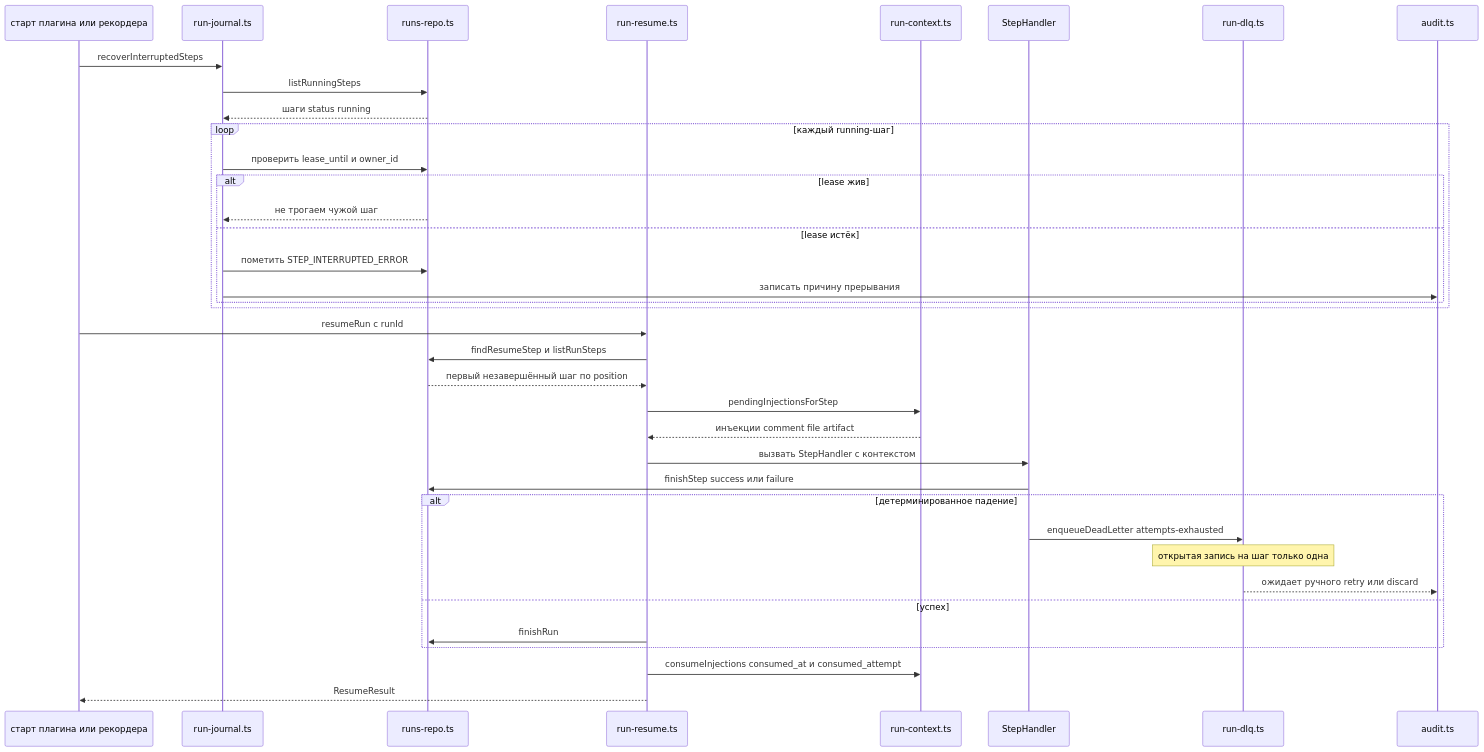
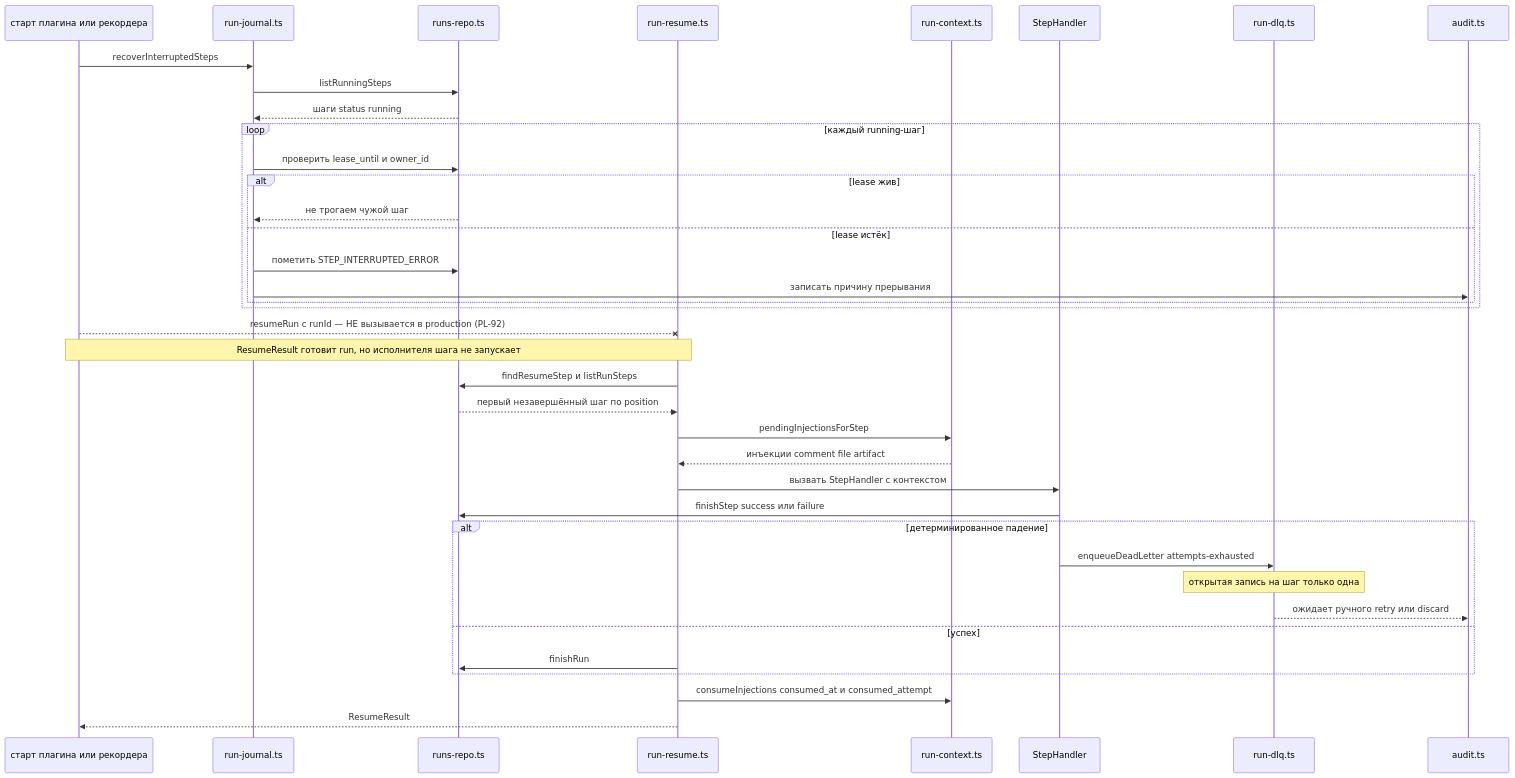
The third of 3 diagrams in docs/ARCHITECTURE-DIAGRAMS-SEQUENCES.md (DeadSno/agent-steward), drawn with Mermaid before and after one commit. The commit also changed other lines of this file and 3 other files, not shown here.

Commit message:
docs(architecture): ground diagrams in real call graph, log PL-92..PL-96 [DOC-2.1]

````diff
--- a/docs/ARCHITECTURE-DIAGRAMS-SEQUENCES.md
+++ b/docs/ARCHITECTURE-DIAGRAMS-SEQUENCES.md
@@ -134,40 +135,41 @@
 ```mermaid
 sequenceDiagram
     participant BOOT as старт плагина или рекордера
     participant RJ as run-journal.ts
     participant DB as runs-repo.ts
     participant RS as run-resume.ts
     participant CTX as run-context.ts
     participant H as StepHandler
     participant DLQ as run-dlq.ts
     participant AUD as audit.ts
 
     BOOT->>RJ: recoverInterruptedSteps
     RJ->>DB: listRunningSteps
     DB-->>RJ: шаги status running
     loop каждый running-шаг
         RJ->>DB: проверить lease_until и owner_id
         alt lease жив
             DB-->>RJ: не трогаем чужой шаг
         else lease истёк
             RJ->>DB: пометить STEP_INTERRUPTED_ERROR
             RJ->>AUD: записать причину прерывания
         end
     end
-    BOOT->>RS: resumeRun с runId
+    BOOT--xRS: resumeRun с runId — НЕ вызывается в production (PL-92)
+    Note over BOOT,RS: ResumeResult готовит run, но исполнителя шага не запускает
     RS->>DB: findResumeStep и listRunSteps
     DB-->>RS: первый незавершённый шаг по position
     RS->>CTX: pendingInjectionsForStep
     CTX-->>RS: инъекции comment file artifact
     RS->>H: вызвать StepHandler с контекстом
     H->>DB: finishStep success или failure
     alt детерминированное падение
         H->>DLQ: enqueueDeadLetter attempts-exhausted
         Note over DLQ: открытая запись на шаг только одна
         DLQ-->>AUD: ожидает ручного retry или discard
     else успех
         RS->>DB: finishRun
     end
     RS->>CTX: consumeInjections consumed_at и consumed_attempt
     RS-->>BOOT: ResumeResult
 ```
````
